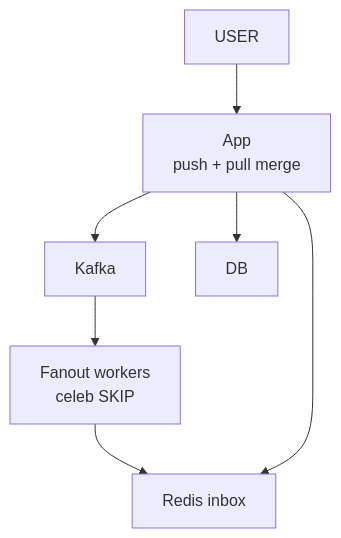
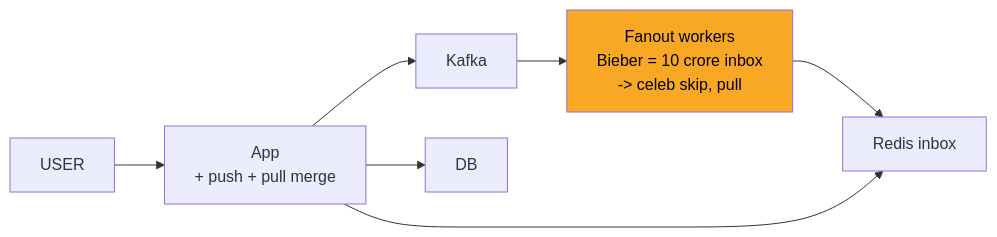
One commit to ArpanMaheshwari144/Prep changed the fourth of 12 diagrams in 04_HLD/SYSTEM_DESIGNS/03_twitter_feed/03_twitter_feed.md. Above: the diagram before and after it, drawn with Mermaid. The commit also changed other lines of this file and 2 other files, not shown here.

Commit message:
url shortener, rate limiter, twitter: one-day story, short cards, follow-ups with rules, highlighted diagrams

````diff
--- a/04_HLD/SYSTEM_DESIGNS/03_twitter_feed/03_twitter_feed.md
+++ b/04_HLD/SYSTEM_DESIGNS/03_twitter_feed/03_twitter_feed.md
@@ -156,15 +169,16 @@
 ```mermaid
-flowchart TD
+flowchart LR
     n_USER["USER"]
-    n_App["App<br/>push + pull merge"]
+    n_App["App<br/>+ push + pull merge"]
     n_Kafka["Kafka"]
-    n_Fanout_workers["Fanout workers<br/>celeb SKIP"]
+    n_Fanout_workers["Fanout workers<br/>Bieber = 10 crore inbox<br/>-> celeb skip, pull"]
     n_Redis_inbox["Redis inbox"]
     n_DB["DB"]
     n_USER --> n_App
     n_App --> n_Kafka
     n_App --> n_DB
     n_Kafka --> n_Fanout_workers
     n_Fanout_workers --> n_Redis_inbox
     n_App --> n_Redis_inbox
+    style n_Fanout_workers fill:#f9a825,color:#000
 ```
````
